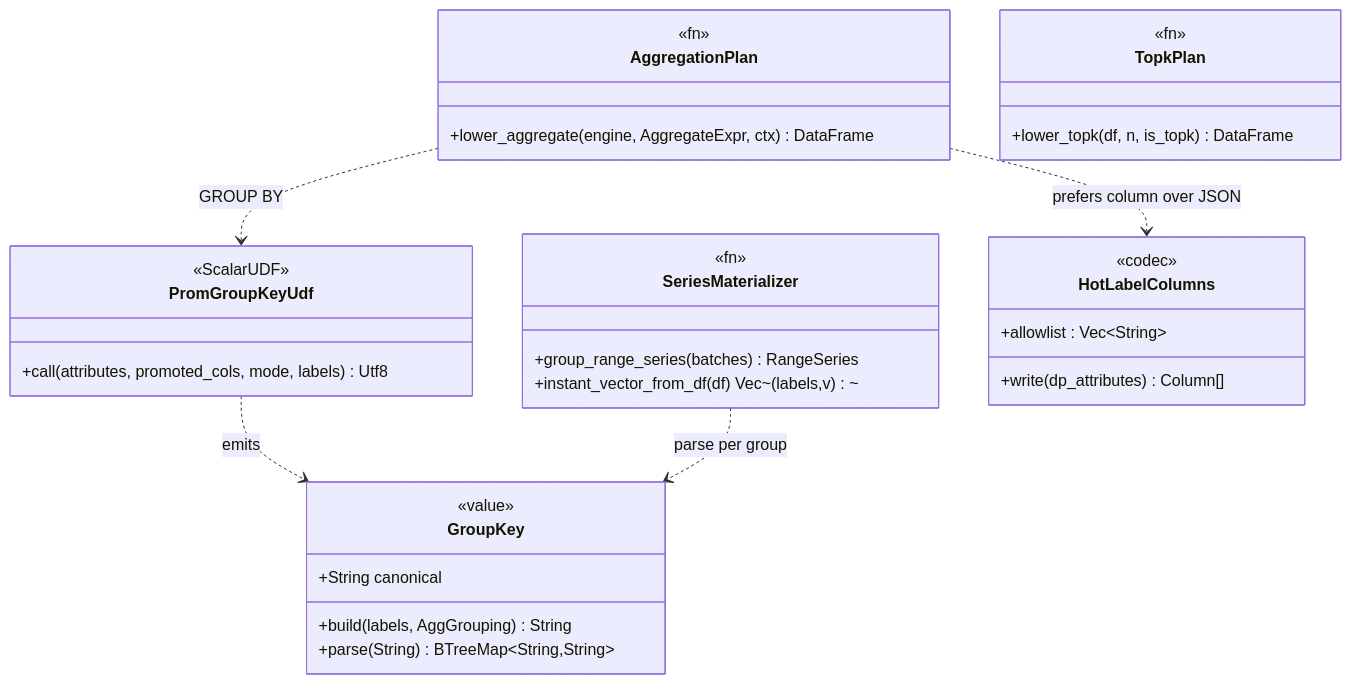
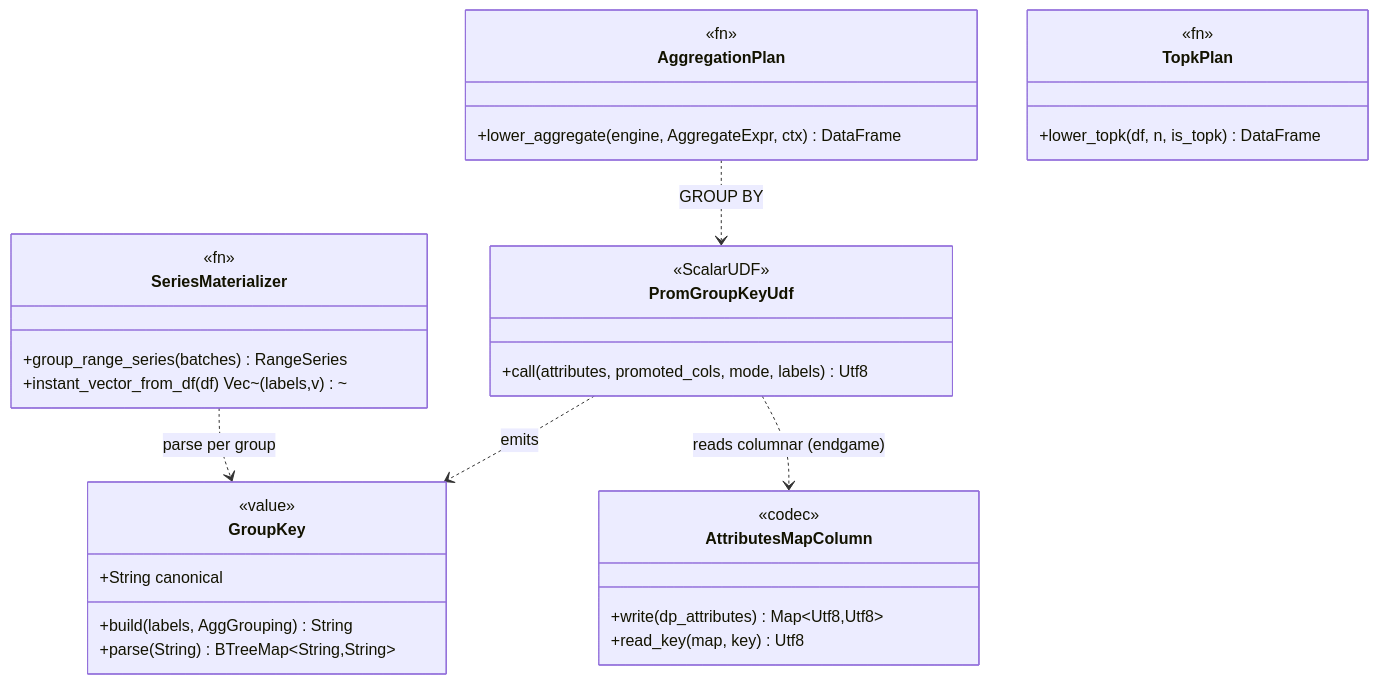
The diagram in docs/workspace/promql-pushdown/TASKS.md (cboudereau/sol), drawn with Mermaid before and after one commit. The commit also changed other lines of this file and 3 other files, not shown here.

First line of the commit message:
docs(promql-pushdown): endgame = columnar attributes MAP (general), not allowlist

````diff
--- a/docs/workspace/promql-pushdown/TASKS.md
+++ b/docs/workspace/promql-pushdown/TASKS.md
@@ -31,35 +31,35 @@
 ```mermaid
 classDiagram
     class PromGroupKeyUdf {
         <<ScalarUDF>>
         +call(attributes, promoted_cols, mode, labels) Utf8
     }
     class GroupKey {
         <<value>>
         +String canonical
         +build(labels, AggGrouping) String
         +parse(String) BTreeMap~String,String~
     }
     class AggregationPlan {
         <<fn>>
         +lower_aggregate(engine, AggregateExpr, ctx) DataFrame
     }
     class TopkPlan {
         <<fn>>
         +lower_topk(df, n, is_topk) DataFrame
     }
     class SeriesMaterializer {
         <<fn>>
         +group_range_series(batches) RangeSeries
         +instant_vector_from_df(df) Vec~(labels,v)~
     }
-    class HotLabelColumns {
+    class AttributesMapColumn {
         <<codec>>
-        +allowlist : Vec~String~
-        +write(dp_attributes) Column[]
+        +write(dp_attributes) Map~Utf8,Utf8~
+        +read_key(map, key) Utf8
     }
     PromGroupKeyUdf ..> GroupKey : emits
     AggregationPlan ..> PromGroupKeyUdf : GROUP BY
     SeriesMaterializer ..> GroupKey : parse per group
-    AggregationPlan ..> HotLabelColumns : prefers column over JSON
+    PromGroupKeyUdf ..> AttributesMapColumn : reads columnar (endgame)
 ```
````
